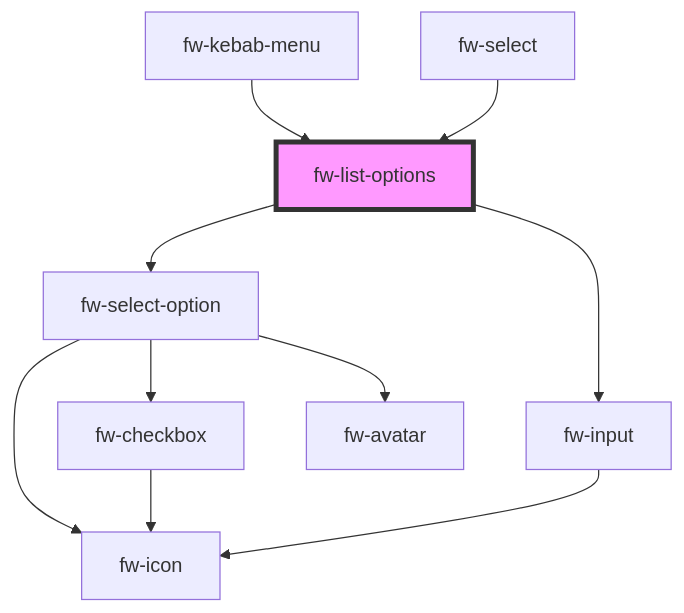
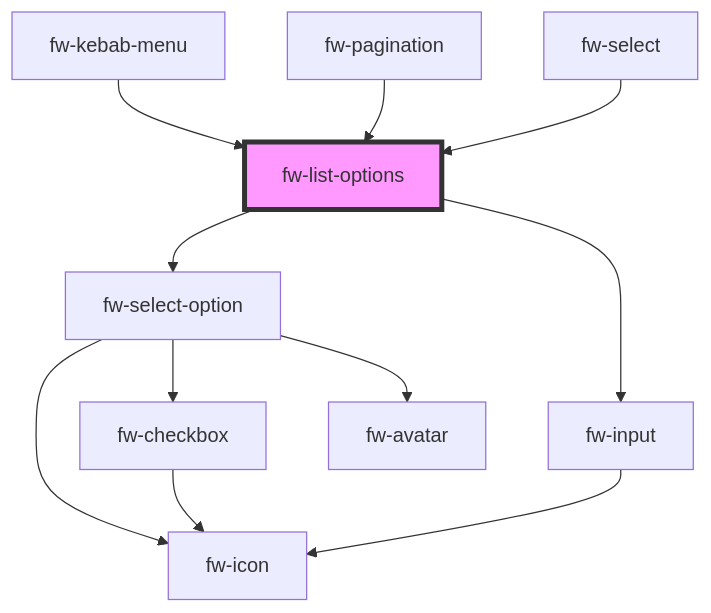
Before and after one commit to freshworks/crayons: the diagram in packages/crayons-core/src/components/options-list/readme.md, drawn with Mermaid. The commit also changed other lines of this file and 7 other files, not shown here.

````diff
--- a/packages/crayons-core/src/components/options-list/readme.md
+++ b/packages/crayons-core/src/components/options-list/readme.md
@@ -440,13 +441,14 @@
 ```mermaid
 graph TD;
   fw-list-options --> fw-select-option
   fw-list-options --> fw-input
   fw-select-option --> fw-icon
   fw-select-option --> fw-checkbox
   fw-select-option --> fw-avatar
   fw-checkbox --> fw-icon
   fw-input --> fw-icon
   fw-kebab-menu --> fw-list-options
+  fw-pagination --> fw-list-options
   fw-select --> fw-list-options
   style fw-list-options fill:#f9f,stroke:#333,stroke-width:4px
 ```
````
